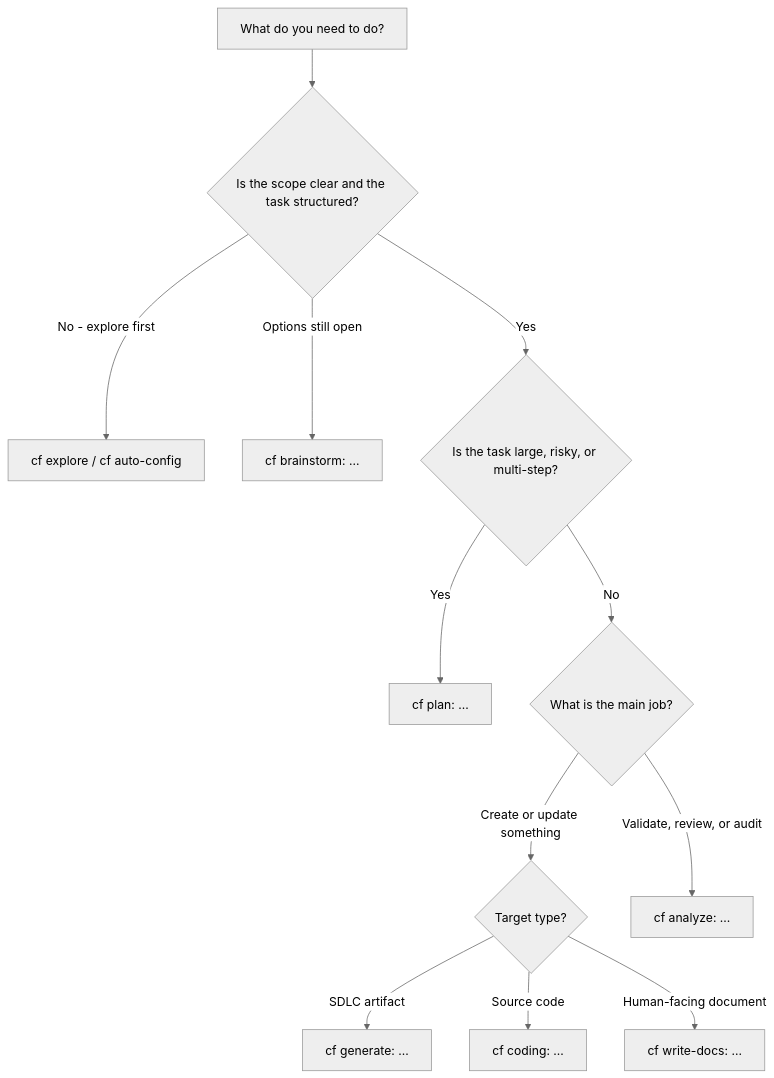
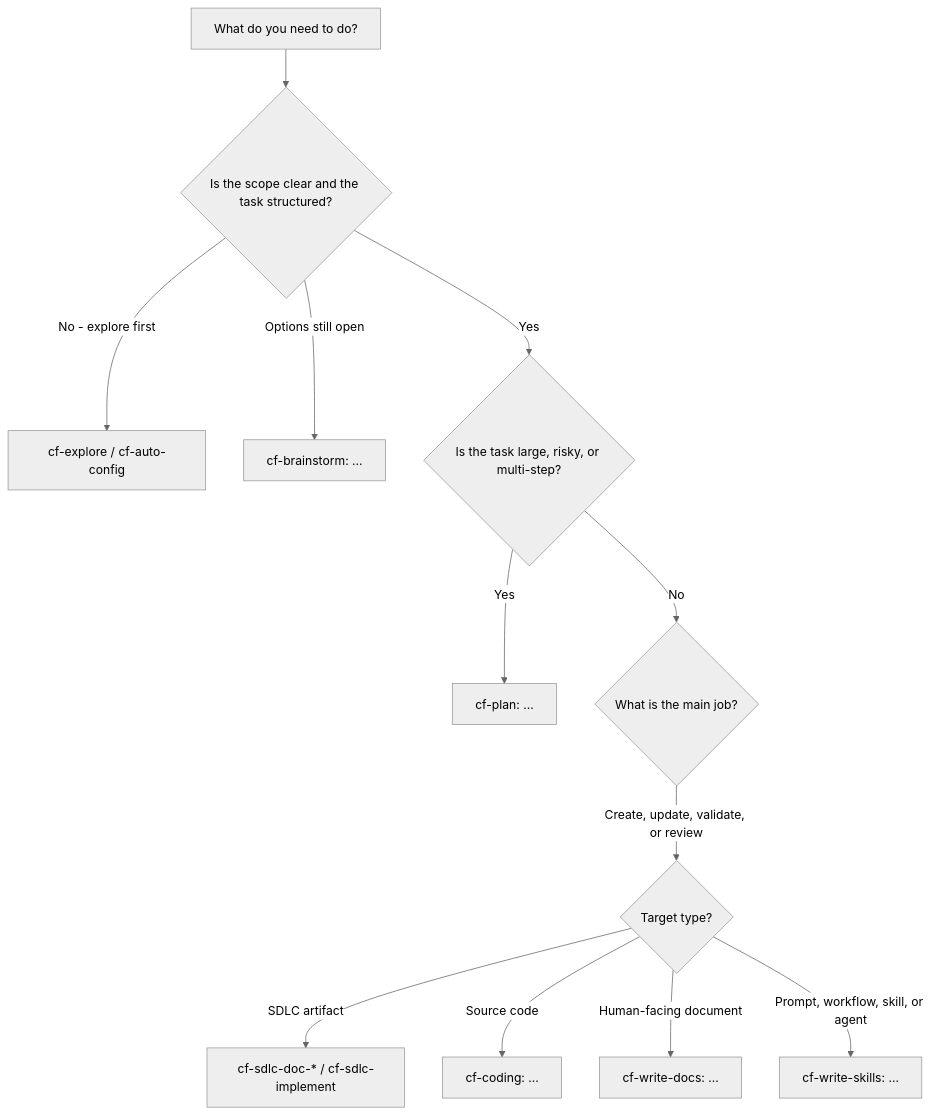
The diagram in guides/USAGE-GUIDE.md (constructorfabric/studio), drawn with Mermaid (neutral theme) before and after one commit. The commit also changed other lines of this file and 3 other files, not shown here.

````diff
--- a/guides/USAGE-GUIDE.md
+++ b/guides/USAGE-GUIDE.md
@@ -409,14 +409,14 @@
 ```mermaid
 flowchart TD
     Start["What do you need to do?"] --> Q1{"Is the scope clear and the task structured?"}
-    Q1 -->|No - explore first| Explore["cf explore / cf auto-config"]
-    Q1 -->|Options still open| Brainstorm["cf brainstorm: ..."]
+    Q1 -->|No - explore first| Explore["cf-explore / cf-auto-config"]
+    Q1 -->|Options still open| Brainstorm["cf-brainstorm: ..."]
     Q1 -->|Yes| Q2{"Is the task large, risky, or multi-step?"}
-    Q2 -->|Yes| Plan["cf plan: ..."]
+    Q2 -->|Yes| Plan["cf-plan: ..."]
     Q2 -->|No| Q3{"What is the main job?"}
-    Q3 -->|Create or update something| Q4{"Target type?"}
-    Q3 -->|Validate, review, or audit| Analyze["cf analyze: ..."]
-    Q4 -->|SDLC artifact| Generate["cf generate: ..."]
-    Q4 -->|Source code| Coding["cf coding: ..."]
-    Q4 -->|Human-facing document| WriteDocs["cf write-docs: ..."]
+    Q3 -->|Create, update, validate, or review| Q4{"Target type?"}
+    Q4 -->|SDLC artifact| SDLC["cf-sdlc-doc-* / cf-sdlc-implement"]
+    Q4 -->|Source code| Coding["cf-coding: ..."]
+    Q4 -->|Human-facing document| WriteDocs["cf-write-docs: ..."]
+    Q4 -->|Prompt, workflow, skill, or agent| WriteSkills["cf-write-skills: ..."]
 ```
````
